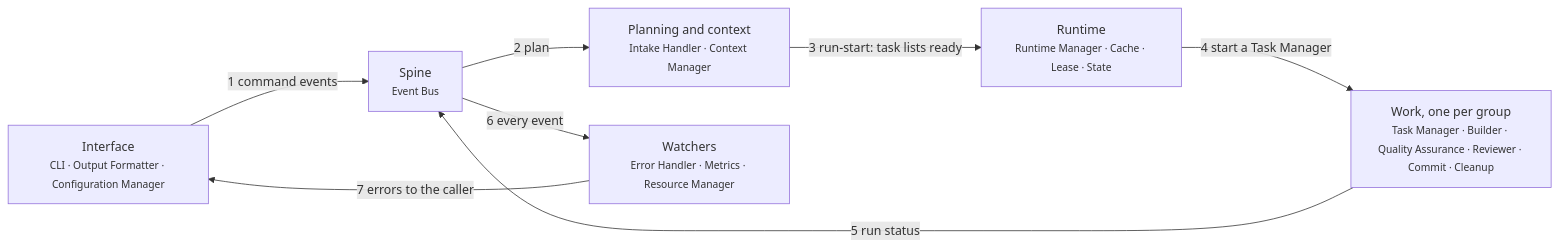
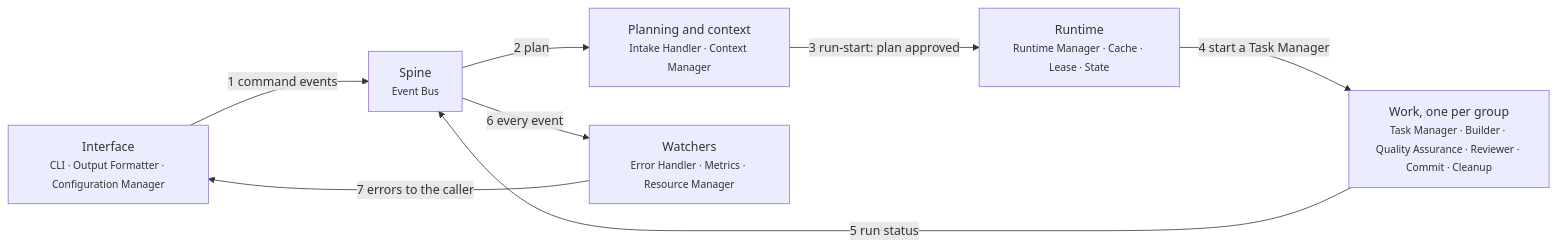
The third of 5 diagrams in docs/hld.md (rdevitto86/komodo-agentic-harness-coding), drawn with Mermaid before and after one commit. The commit also changed other lines of this file and 1 other file, not shown here.

Commit message:
docs: replace the backlog folders with a temporary plan file

````diff
--- a/docs/hld.md
+++ b/docs/hld.md
@@ -116,16 +116,16 @@
 ```mermaid
 flowchart LR
   IF["Interface<br><small>CLI · Output Formatter · Configuration Manager</small>"]:::actor
   SP["Spine<br><small>Event Bus</small>"]:::core
   PL["Planning and context<br><small>Intake Handler · Context Manager</small>"]
   RT["Runtime<br><small>Runtime Manager · Cache · Lease · State</small>"]:::core
   WK["Work, one per group<br><small>Task Manager · Builder · Quality Assurance · Reviewer · Commit · Cleanup</small>"]
   WA["Watchers<br><small>Error Handler · Metrics · Resource Manager</small>"]:::muted
   IF -->|"1 command events"| SP
   SP -->|"2 plan"| PL
-  PL -->|"3 run-start: task lists ready"| RT
+  PL -->|"3 run-start: plan approved"| RT
   RT -->|"4 start a Task Manager"| WK
   WK -->|"5 run status"| SP
   SP -->|"6 every event"| WA
   WA -->|"7 errors to the caller"| IF
 ```
````
